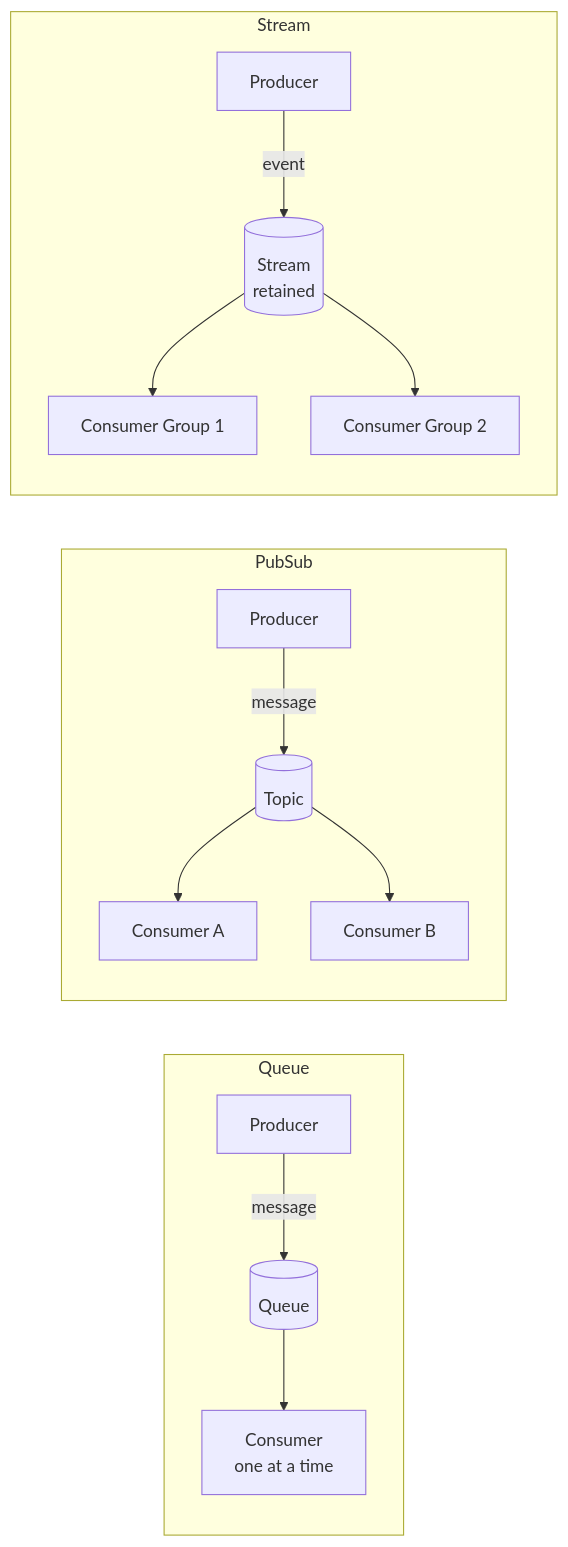
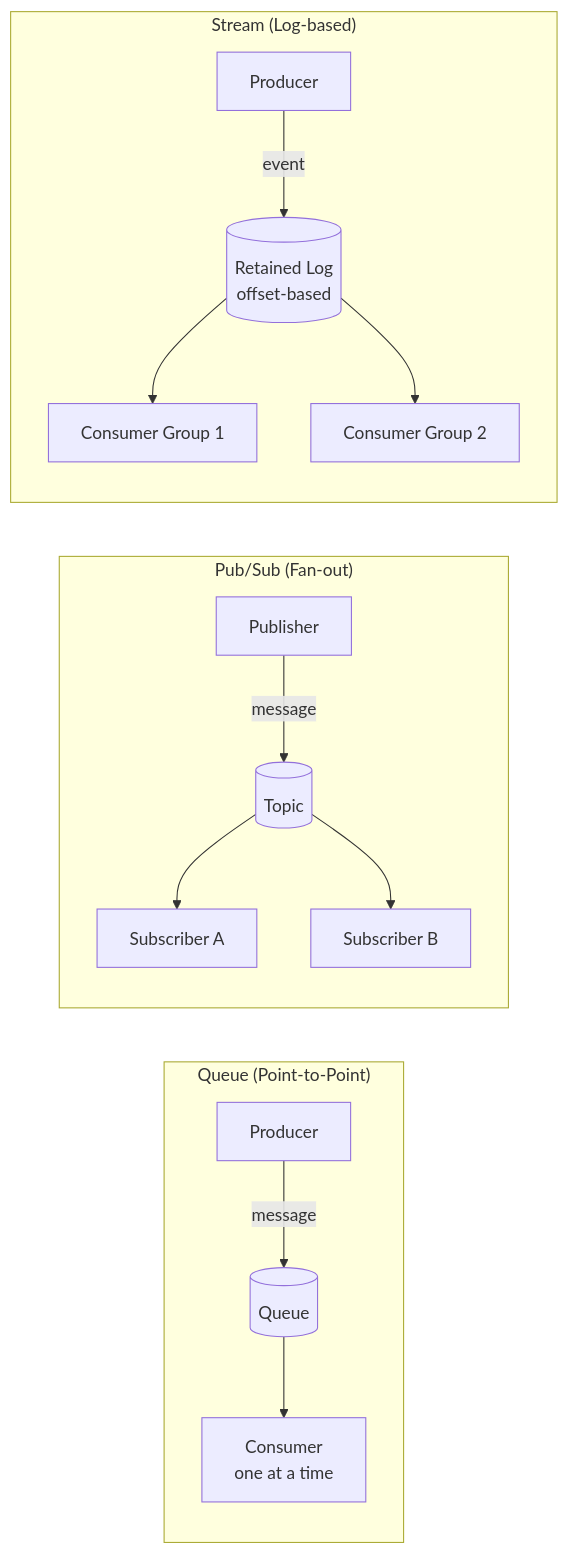
One commit to jether2011/interview-questions changed the first of 6 diagrams in messaging-event-driven.md. Above: the diagram before and after it, drawn with Mermaid. The commit also changed other lines of this file and 13 other files, not shown here.

````diff
--- a/messaging-event-driven.md
+++ b/messaging-event-driven.md
@@ -26,14 +36,14 @@
 ```mermaid
 flowchart LR
-    subgraph Queue
+    subgraph Queue["Queue (Point-to-Point)"]
         P1[Producer] -->|message| Q[(Queue)] --> C1[Consumer\none at a time]
     end
-    subgraph PubSub
-        P2[Producer] -->|message| T[(Topic)] --> C2[Consumer A]
-        T --> C3[Consumer B]
+    subgraph PubSub["Pub/Sub (Fan-out)"]
+        P2[Publisher] -->|message| T[(Topic)] --> C2[Subscriber A]
+        T --> C3[Subscriber B]
     end
-    subgraph Stream
-        P3[Producer] -->|event| S[(Stream\nretained)] --> C4[Consumer Group 1]
-        S --> C5[Consumer Group 2]
+    subgraph Stream["Stream (Log-based)"]
+        P3[Producer] -->|event| S[(Retained Log\noffset-based)] --> CG1[Consumer Group 1]
+        S --> CG2[Consumer Group 2]
     end
 ```
````
